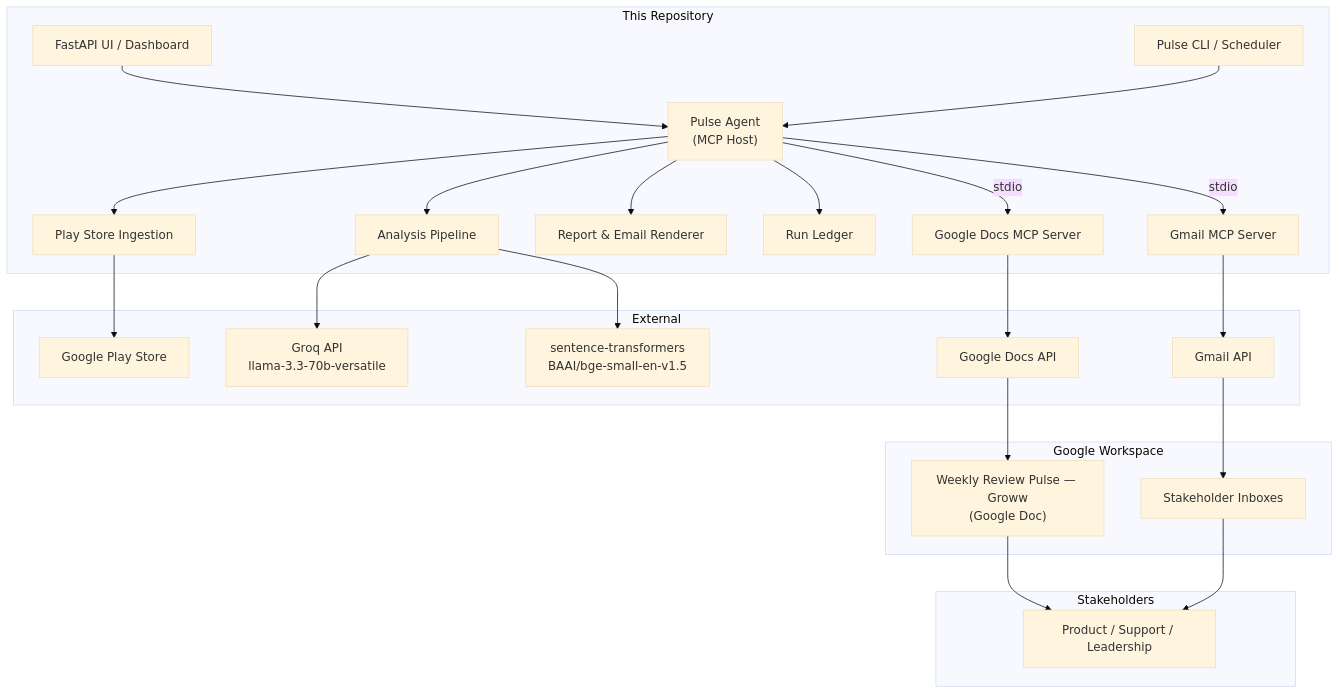
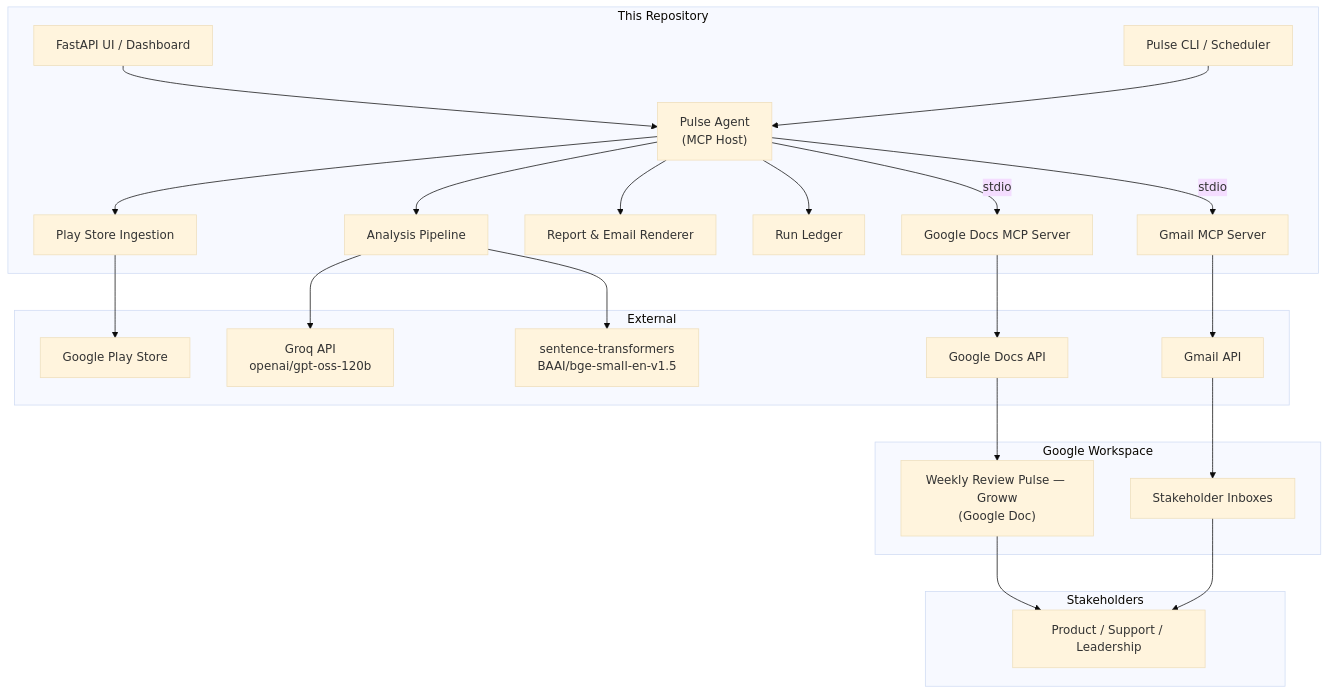
The first of 5 diagrams in docs/architecture.md (Shekhu07/Weekly_Pulse), drawn with Mermaid (base theme) before and after one commit. The commit also changed other lines of this file and 2 other files, not shown here.

First line of the commit message:
Fix Groq 404 by moving summarizer model to config

````diff
--- a/docs/architecture.md
+++ b/docs/architecture.md
@@ -25,51 +25,51 @@
 ```mermaid
 graph TB
     subgraph Stakeholders
         S1["Product / Support / Leadership"]
     end
 
     subgraph "This Repository"
         UI["FastAPI UI / Dashboard"]
         CLI["Pulse CLI / Scheduler"]
         Agent["Pulse Agent<br/>(MCP Host)"]
         Ingest["Play Store Ingestion"]
         Pipeline["Analysis Pipeline"]
         Renderer["Report & Email Renderer"]
         Ledger["Run Ledger"]
         DocsMCP["Google Docs MCP Server"]
         GmailMCP["Gmail MCP Server"]
     end
 
     subgraph External
         PlayStore["Google Play Store"]
-        Groq["Groq API<br/>llama-3.3-70b-versatile"]
+        Groq["Groq API<br/>openai/gpt-oss-120b"]
         SentenceTransformers["sentence-transformers<br/>BAAI/bge-small-en-v1.5"]
         DocsAPI["Google Docs API"]
         GmailAPI["Gmail API"]
     end
 
     subgraph "Google Workspace"
         Doc["Weekly Review Pulse — Groww<br/>(Google Doc)"]
         Inbox["Stakeholder Inboxes"]
     end
 
     UI --> Agent
     CLI --> Agent
     Agent --> Ingest
     Agent --> Pipeline
     Agent --> Renderer
     Agent --> Ledger
 
     Ingest --> PlayStore
     Pipeline --> Groq
     Pipeline --> SentenceTransformers
 
     Agent -- "stdio" --> DocsMCP
     Agent -- "stdio" --> GmailMCP
 
     DocsMCP --> DocsAPI --> Doc
     GmailMCP --> GmailAPI --> Inbox
 
     Doc --> S1
     Inbox --> S1
 ```
````
